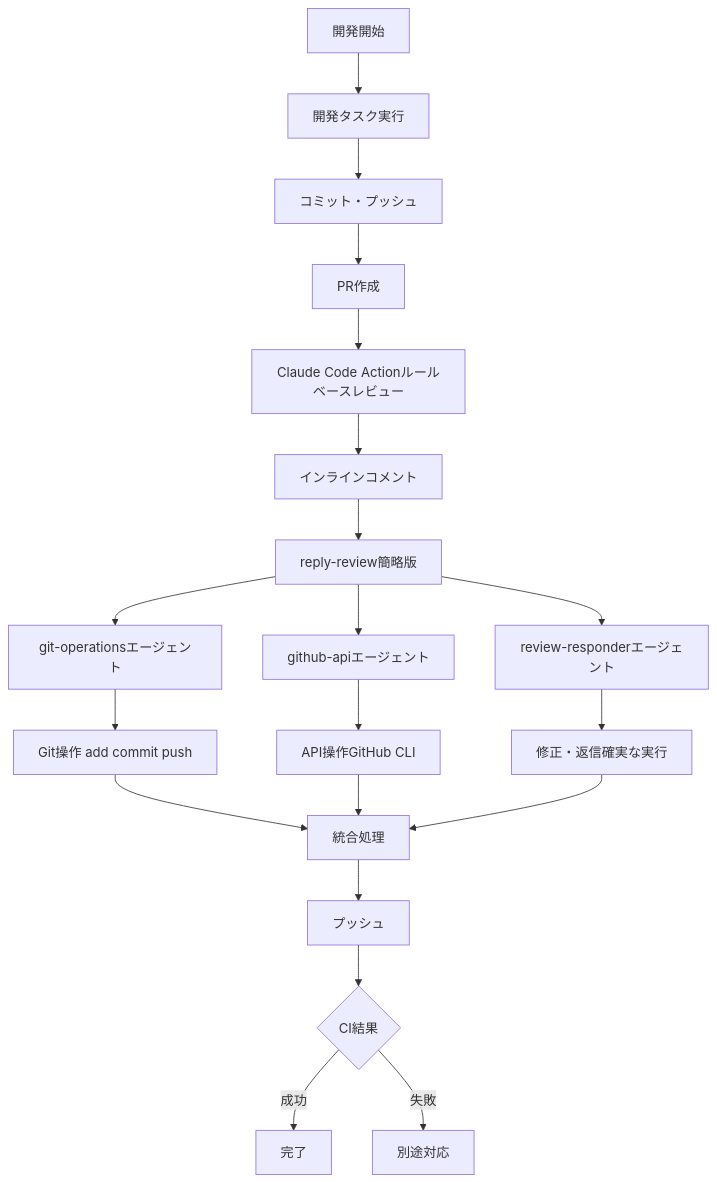
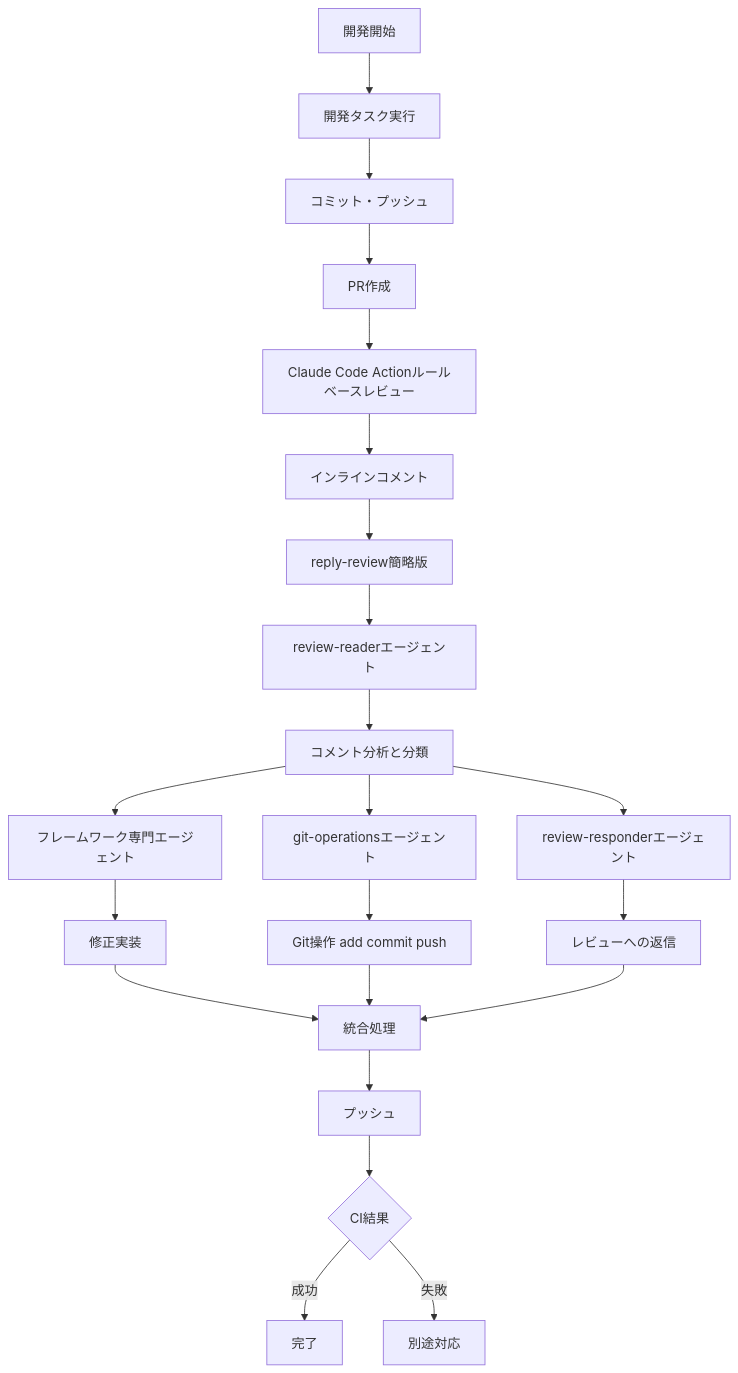
One commit to ryosuke-horie/ClaudeCodePrompt changed the second of 2 diagrams in docs/仮説/commands/自動コードレビューとレスポンスプロセスの最適化.md. Above: the diagram before and after it, drawn with Mermaid. The commit also changed other lines of this file and 4 other files, not shown here.

````diff
--- a/docs/仮説/commands/自動コードレビューとレスポンスプロセスの最適化.md
+++ b/docs/仮説/commands/自動コードレビューとレスポンスプロセスの最適化.md
@@ -63,32 +63,36 @@
 ```mermaid
 graph TD
     A[開発開始] --> B[開発タスク実行]
     
     B --> C[コミット・プッシュ]
     
     C --> D[PR作成]
     
     D --> E[Claude Code Actionルールベースレビュー]
     
     E --> F[インラインコメント]
     
     F --> G[reply-review簡略版]
     
-    G --> H[git-operationsエージェント]
-    G --> I[github-apiエージェント]
-    G --> J[review-responderエージェント]
+    G --> H[review-readerエージェント]
     
-    H --> K[Git操作 add commit push]
-    I --> L[API操作GitHub CLI]
-    J --> M[修正・返信確実な実行]
+    H --> I[コメント分析と分類]
     
-    K --> N[統合処理]
-    L --> N
-    M --> N
+    I --> J[フレームワーク専門エージェント]
+    I --> K[git-operationsエージェント]
+    I --> L[review-responderエージェント]
     
-    N --> O[プッシュ]
+    J --> M[修正実装]
+    K --> N[Git操作 add commit push]
+    L --> O[レビューへの返信]
     
-    O --> P{CI結果}
-    P -->|成功| Q[完了]
-    P -->|失敗| R[別途対応]
+    M --> P[統合処理]
+    N --> P
+    O --> P
+    
+    P --> Q[プッシュ]
+    
+    Q --> R{CI結果}
+    R -->|成功| S[完了]
+    R -->|失敗| T[別途対応]
 ```
````
